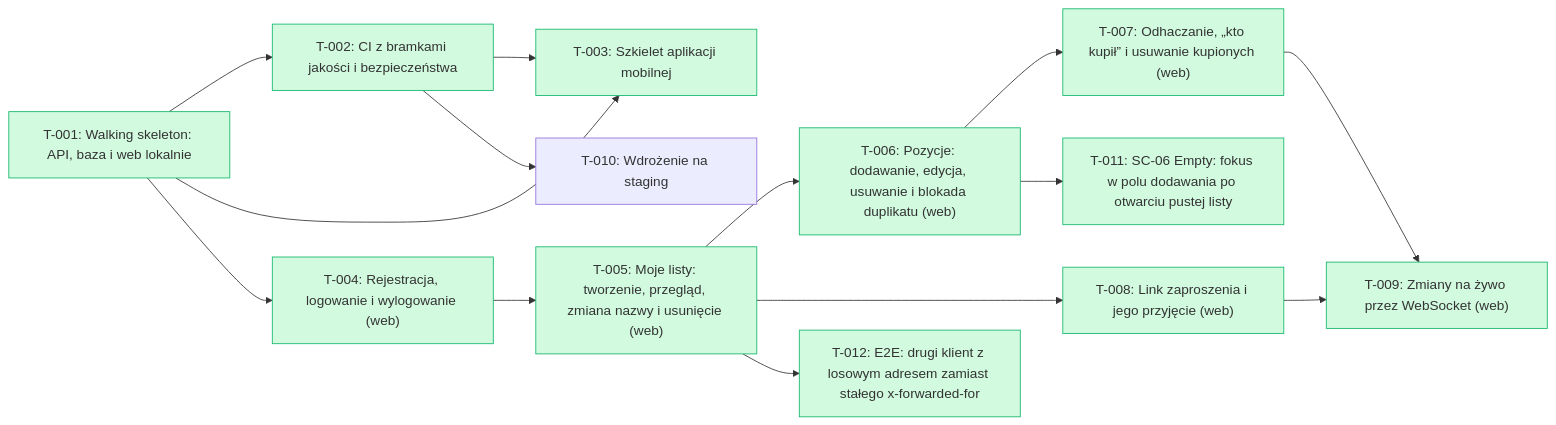
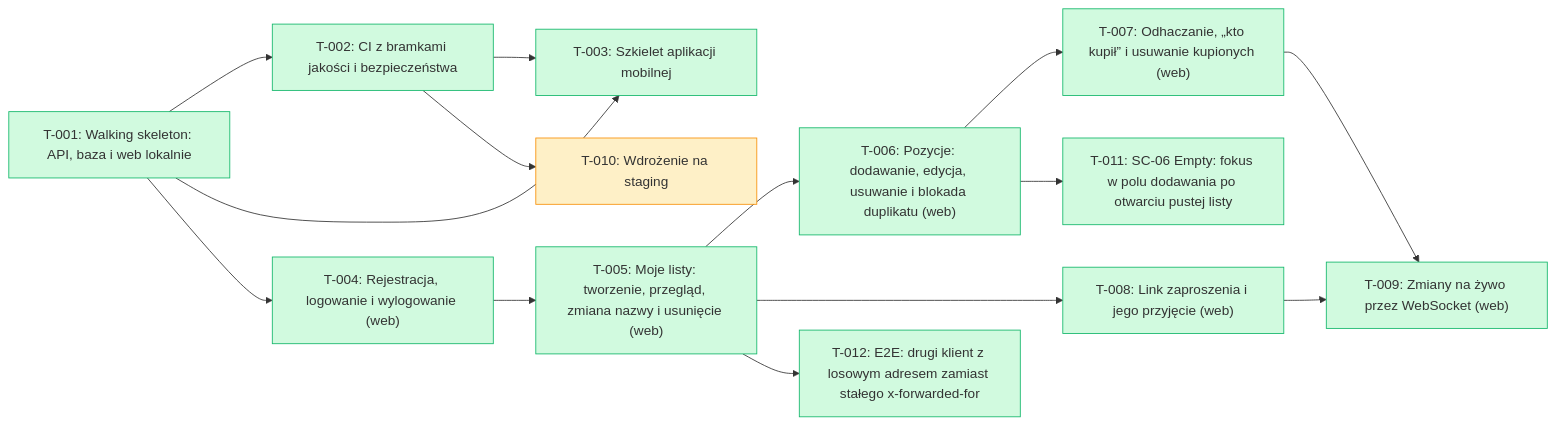
The diagram in docs/backlog/index.md (tombraz/lista-zakupow), drawn with Mermaid before and after one commit. The commit also changed other lines of this file and 32 other files, not shown here.

````diff
--- a/docs/backlog/index.md
+++ b/docs/backlog/index.md
@@ -17,32 +17,32 @@
 ```mermaid
 flowchart LR
   T_001["T-001: Walking skeleton: API, baza i web lokalnie"]:::done
   T_002["T-002: CI z bramkami jakości i bezpieczeństwa"]:::done
   T_003["T-003: Szkielet aplikacji mobilnej"]:::done
   T_004["T-004: Rejestracja, logowanie i wylogowanie (web)"]:::done
   T_005["T-005: Moje listy: tworzenie, przegląd, zmiana nazwy i usunięcie (web)"]:::done
   T_006["T-006: Pozycje: dodawanie, edycja, usuwanie i blokada duplikatu (web)"]:::done
   T_007["T-007: Odhaczanie, „kto kupił” i usuwanie kupionych (web)"]:::done
   T_008["T-008: Link zaproszenia i jego przyjęcie (web)"]:::done
   T_009["T-009: Zmiany na żywo przez WebSocket (web)"]:::done
-  T_010["T-010: Wdrożenie na staging"]
+  T_010["T-010: Wdrożenie na staging"]:::wip
   T_011["T-011: SC-06 Empty: fokus w polu dodawania po otwarciu pustej listy"]:::done
   T_012["T-012: E2E: drugi klient z losowym adresem zamiast stałego x-forwarded-for"]:::done
   T_001 --> T_002
   T_001 --> T_003
   T_002 --> T_003
   T_001 --> T_004
   T_004 --> T_005
   T_005 --> T_006
   T_006 --> T_007
   T_005 --> T_008
   T_007 --> T_009
   T_008 --> T_009
   T_002 --> T_010
   T_006 --> T_011
   T_005 --> T_012
   classDef done fill:#d1fadf,stroke:#12b76a
   classDef wip fill:#fef0c7,stroke:#f79009
   classDef qa fill:#e0eaff,stroke:#2970ff
   classDef blocked fill:#fee4e2,stroke:#f04438
 ```
````
